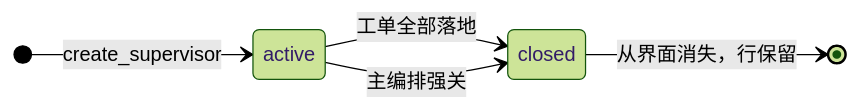
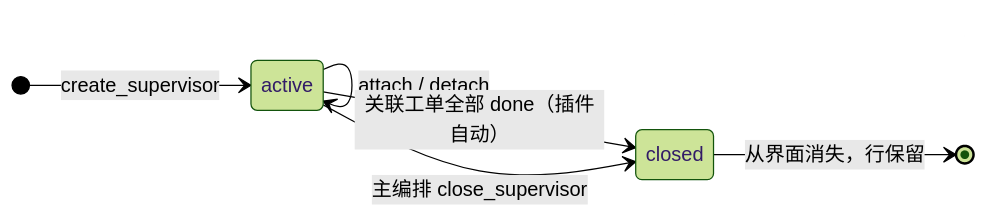
Before and after one commit to omdsh-dev/dsh-nexus: the eighth of 11 diagrams in docs/flow.md, drawn with Mermaid (forest theme). The commit also changed other lines of this file and 52 other files, not shown here.

````diff
--- a/docs/flow.md
+++ b/docs/flow.md
@@ -404,8 +252,9 @@
 ```mermaid
 stateDiagram-v2
     direction LR
     [*] --> active : create_supervisor
-    active --> closed : 工单全部落地
-    active --> closed : 主编排强关
+    active --> active : attach / detach
+    active --> closed : 关联工单全部 done（插件自动）
+    active --> closed : 主编排 close_supervisor
     closed --> [*] : 从界面消失，行保留
 ```
````
